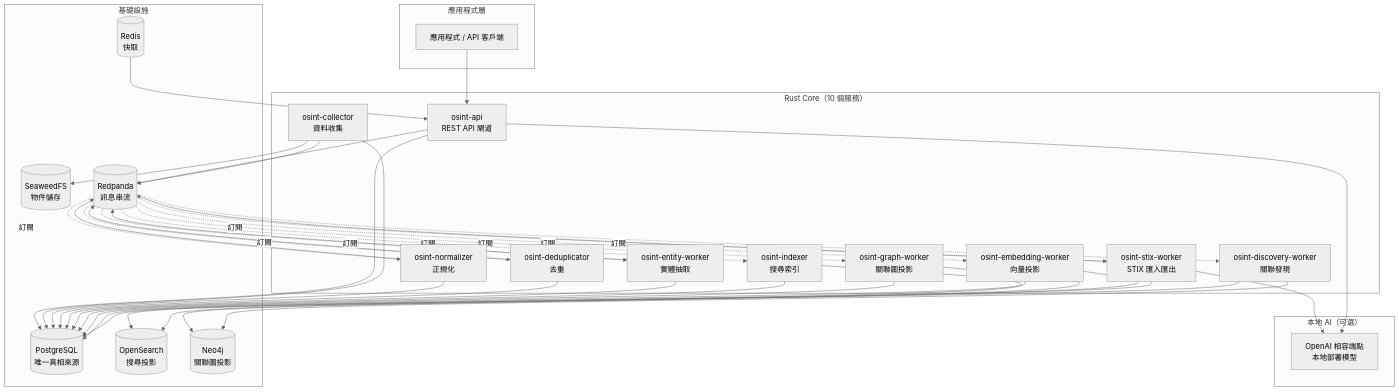
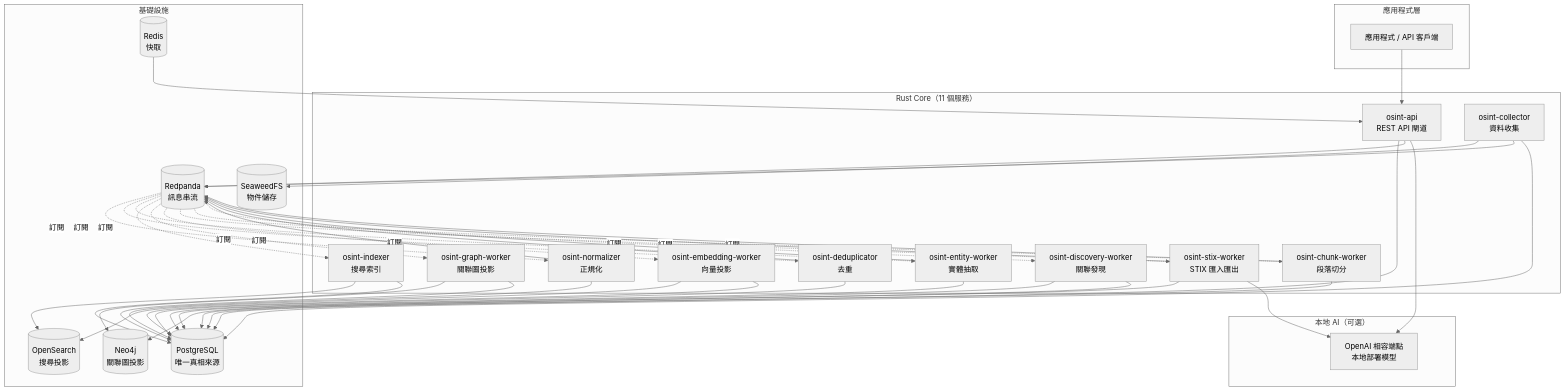
The diagram in docs-site/docs/architecture/overview.md (Thymustw/OSINTCollectionCore), drawn with Mermaid (neutral theme) before and after one commit. The commit also changed other lines of this file and 53 other files, not shown here.

First line of the commit message:
sync: 段落化 M1——document_chunks（0021）、chunker 切段核心、osint-chunk-worker 服務與容器化

````diff
--- a/docs-site/docs/architecture/overview.md
+++ b/docs-site/docs/architecture/overview.md
@@ -9,77 +9,82 @@
 ```mermaid
 flowchart TB
     subgraph APP["應用程式層"]
         App[應用程式 / API 客戶端]
     end
 
-    subgraph CORE["Rust Core（10 個服務）"]
+    subgraph CORE["Rust Core（11 個服務）"]
         API[osint-api<br/>REST API 閘道]
         COL[osint-collector<br/>資料收集]
         NOR[osint-normalizer<br/>正規化]
         DED[osint-deduplicator<br/>去重]
         ENT[osint-entity-worker<br/>實體抽取]
         IDX[osint-indexer<br/>搜尋索引]
         GRA[osint-graph-worker<br/>關聯圖投影]
         EMB[osint-embedding-worker<br/>向量投影]
         STX[osint-stix-worker<br/>STIX 匯入匯出]
         DIS[osint-discovery-worker<br/>關聯發現]
+        CHK[osint-chunk-worker<br/>段落切分]
     end
 
     subgraph INFRA["基礎設施"]
         PG[(PostgreSQL<br/>唯一真相來源)]
         OS[(OpenSearch<br/>搜尋投影)]
         N4J[(Neo4j<br/>關聯圖投影)]
         SWF[(SeaweedFS<br/>物件儲存)]
         RP[(Redpanda<br/>訊息串流)]
         RD[(Redis<br/>快取)]
     end
 
     subgraph AI["本地 AI（可選）"]
         AIE[OpenAI 相容端點<br/>本地部署模型]
     end
 
     App --> API
     API --> PG
     API --> RP
 
     COL --> SWF
     COL --> RP
     COL --> PG
 
     NOR --> PG
     NOR --> RP
 
     DED --> PG
     DED --> RP
 
     ENT --> PG
     ENT --> RP
 
     IDX --> OS
     IDX --> PG
 
     GRA --> N4J
     GRA --> PG
 
     EMB --> OS
     EMB --> PG
 
     STX --> PG
     STX --> RP
     STX --> AIE
 
     DIS --> PG
     DIS --> N4J
 
+    CHK --> PG
+    CHK --> RP
+
     RP -.訂閱.-> NOR
     RP -.訂閱.-> DED
     RP -.訂閱.-> ENT
     RP -.訂閱.-> IDX
     RP -.訂閱.-> GRA
     RP -.訂閱.-> EMB
     RP -.訂閱.-> STX
+    RP -.訂閱.-> CHK
     RP -.訂閱.-> DIS
 
     API --> AIE
     RD --> API
 ```
````
